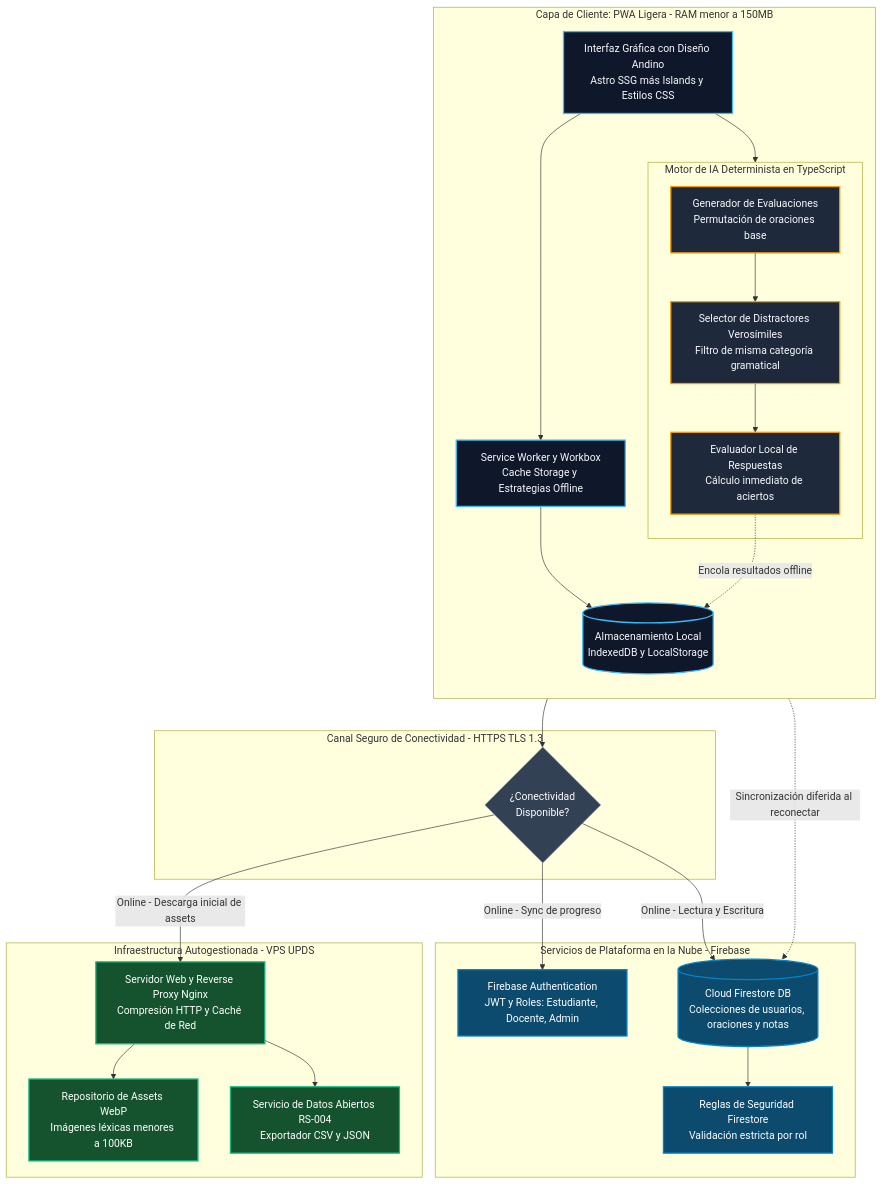
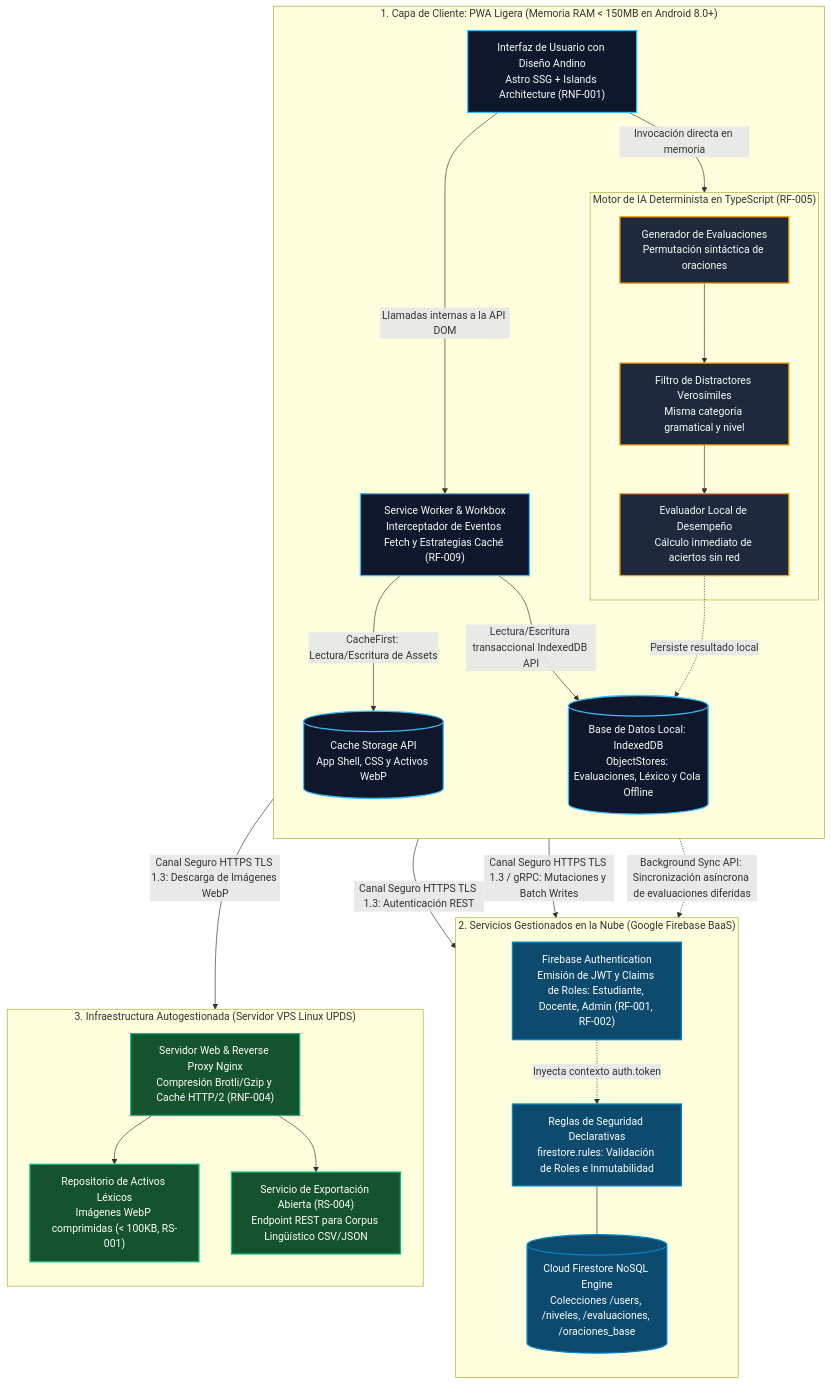
The first of 12 diagrams in Docs/mapa_de_diagramas.md (upds-software-engineering/Yapu), drawn with Mermaid before and after one commit. The commit also changed other lines of this file and 8 other files, not shown here.

Commit message:
docs(actividad-03): album de modelos UML IEEE 1016, informe APA 7, presentacion y guion de defensa

````diff
--- a/Docs/mapa_de_diagramas.md
+++ b/Docs/mapa_de_diagramas.md
@@ -43,62 +45,61 @@
 ```mermaid
 graph TB
-    subgraph CLIENT_TIER["Capa de Cliente: PWA Ligera - RAM menor a 150MB"]
+    subgraph CLIENT_TIER["1. Capa de Cliente: PWA Ligera (Memoria RAM < 150MB en Android 8.0+)"]
         direction TB
-        UI["Interfaz Gráfica con Diseño Andino<br/>Astro SSG más Islands y Estilos CSS"]
-        SW["Service Worker y Workbox<br/>Cache Storage y Estrategias Offline"]
-        IDB[("Almacenamiento Local<br/>IndexedDB y LocalStorage")]
+        UI["Interfaz de Usuario con Diseño Andino<br/>Astro SSG + Islands Architecture (RNF-001)"]
+        SW["Service Worker & Workbox<br/>Interceptador de Eventos Fetch y Estrategias Caché (RF-009)"]
+        CACHE_API[("Cache Storage API<br/>App Shell, CSS y Activos WebP")]
+        IDB_LOCAL[("Base de Datos Local: IndexedDB<br/>ObjectStores: Evaluaciones, Léxico y Cola Offline")]
         
-        subgraph CORE_AI["Motor de IA Determinista en TypeScript"]
-            GEN["Generador de Evaluaciones<br/>Permutación de oraciones base"]
-            DIST["Selector de Distractores Verosímiles<br/>Filtro de misma categoría gramatical"]
-            EVAL["Evaluador Local de Respuestas<br/>Cálculo inmediato de aciertos"]
+        subgraph CORE_AI["Motor de IA Determinista en TypeScript (RF-005)"]
+            GEN["Generador de Evaluaciones<br/>Permutación sintáctica de oraciones"]
+            DIST["Filtro de Distractores Verosímiles<br/>Misma categoría gramatical y nivel"]
+            EVAL["Evaluador Local de Desempeño<br/>Cálculo inmediato de aciertos sin red"]
         end
     end
 
-    subgraph NET_TIER["Canal Seguro de Conectividad - HTTPS TLS 1.3"]
-        NET_STAT{"¿Conectividad<br/>Disponible?"}
+    subgraph CLOUD_TIER["2. Servicios Gestionados en la Nube (Google Firebase BaaS)"]
+        direction TB
+        FAUTH["Firebase Authentication<br/>Emisión de JWT y Claims de Roles: Estudiante, Docente, Admin (RF-001, RF-002)"]
+        FSTORE_ENGINE[("Cloud Firestore NoSQL Engine<br/>Colecciones /users, /niveles, /evaluaciones, /oraciones_base")]
+        FSTORE_RULES["Reglas de Seguridad Declarativas<br/>firestore.rules: Validación de Roles e Inmutabilidad"]
+        FAUTH -.->|Inyecta contexto auth.token| FSTORE_RULES
+        FSTORE_RULES --- FSTORE_ENGINE
     end
 
-    subgraph CLOUD_TIER["Servicios de Plataforma en la Nube - Firebase"]
-        FAUTH["Firebase Authentication<br/>JWT y Roles: Estudiante, Docente, Admin"]
-        FSTORE[("Cloud Firestore DB<br/>Colecciones de usuarios, oraciones y notas")]
-        FSTORE_RULES["Reglas de Seguridad Firestore<br/>Validación estricta por rol"]
+    subgraph VPS_TIER["3. Infraestructura Autogestionada (Servidor VPS Linux UPDS)"]
+        direction TB
+        NGINX["Servidor Web & Reverse Proxy Nginx<br/>Compresión Brotli/Gzip y Caché HTTP/2 (RNF-004)"]
+        STATIC_ASSETS["Repositorio de Activos Léxicos<br/>Imágenes WebP comprimidas (< 100KB, RS-001)"]
+        DATA_EXPORT["Servicio de Exportación Abierta (RS-004)<br/>Endpoint REST para Corpus Lingüístico CSV/JSON"]
+        NGINX --> STATIC_ASSETS
+        NGINX --> DATA_EXPORT
     end
 
-    subgraph VPS_TIER["Infraestructura Autogestionada - VPS UPDS"]
-        NGINX["Servidor Web y Reverse Proxy Nginx<br/>Compresión HTTP y Caché de Red"]
-        STATIC_ASSETS["Repositorio de Assets WebP<br/>Imágenes léxicas menores a 100KB"]
-        DATA_EXPORT["Servicio de Datos Abiertos RS-004<br/>Exportador CSV y JSON"]
-    end
-
-    UI --> SW
-    SW --> IDB
-    UI --> CORE_AI
+    %% Protocolos y Enlaces Reales de Comunicación
+    UI -->|Llamadas internas a la API DOM| SW
+    UI -->|Invocación directa en memoria| CORE_AI
     GEN --> DIST
     DIST --> EVAL
     
-    SW --> NET_STAT
-    
-    NET_STAT -->|Online - Sync de progreso| FAUTH
-    NET_STAT -->|Online - Lectura y Escritura| FSTORE
-    FSTORE --> FSTORE_RULES
-    
-    NET_STAT -->|Online - Descarga inicial de assets| NGINX
-    NGINX --> STATIC_ASSETS
-    NGINX --> DATA_EXPORT
-    
-    EVAL -.->|Encola resultados offline| IDB
-    IDB -.->|Sincronización diferida al reconectar| FSTORE
+    SW -->|CacheFirst: Lectura/Escritura de Assets| CACHE_API
+    SW -->|Lectura/Escritura transaccional IndexedDB API| IDB_LOCAL
+    EVAL -.->|Persiste resultado local| IDB_LOCAL
 
+    %% Conectores de Red Segura
+    SW -->|Canal Seguro HTTPS TLS 1.3: Autenticación REST| FAUTH
+    SW -->|Canal Seguro HTTPS TLS 1.3 / gRPC: Mutaciones y Batch Writes| FSTORE_ENGINE
+    SW -->|Canal Seguro HTTPS TLS 1.3: Descarga de Imágenes WebP| NGINX
+    IDB_LOCAL -.->|Background Sync API: Sincronización asíncrona de evaluaciones diferidas| FSTORE_ENGINE
+
+    %% Estilos de Nodos
     classDef clientStyle fill:#0f172a,stroke:#38bdf8,stroke-width:2px,color:#f8fafc;
     classDef aiStyle fill:#1e293b,stroke:#f59e0b,stroke-width:2px,color:#f8fafc;
     classDef cloudStyle fill:#0c4a6e,stroke:#0284c7,stroke-width:2px,color:#ffffff;
     classDef vpsStyle fill:#14532d,stroke:#10b981,stroke-width:2px,color:#ffffff;
-    classDef netStyle fill:#334155,stroke:#94a3b8,stroke-width:1px,color:#ffffff;
 
-    class UI,SW,IDB clientStyle;
+    class UI,SW,CACHE_API,IDB_LOCAL clientStyle;
     class GEN,DIST,EVAL aiStyle;
-    class FAUTH,FSTORE,FSTORE_RULES cloudStyle;
+    class FAUTH,FSTORE_ENGINE,FSTORE_RULES cloudStyle;
     class NGINX,STATIC_ASSETS,DATA_EXPORT vpsStyle;
-    class NET_STAT netStyle;
 ```
````
